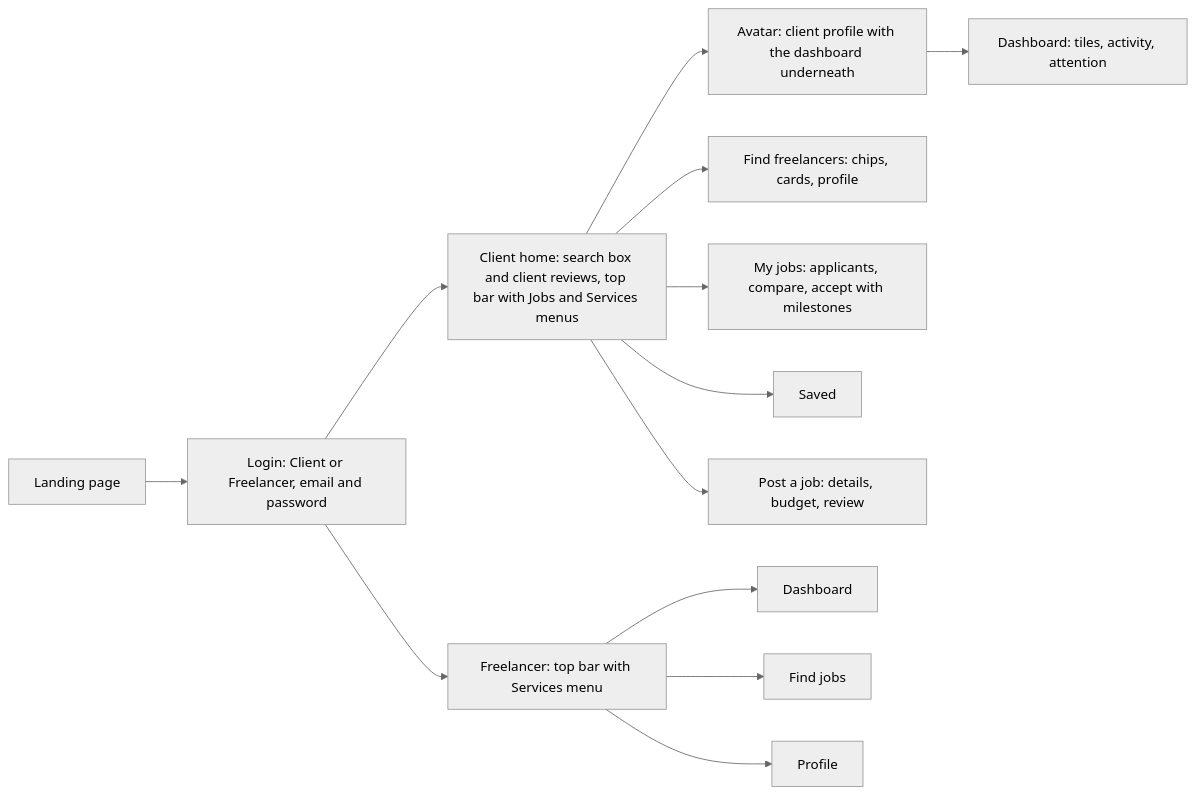
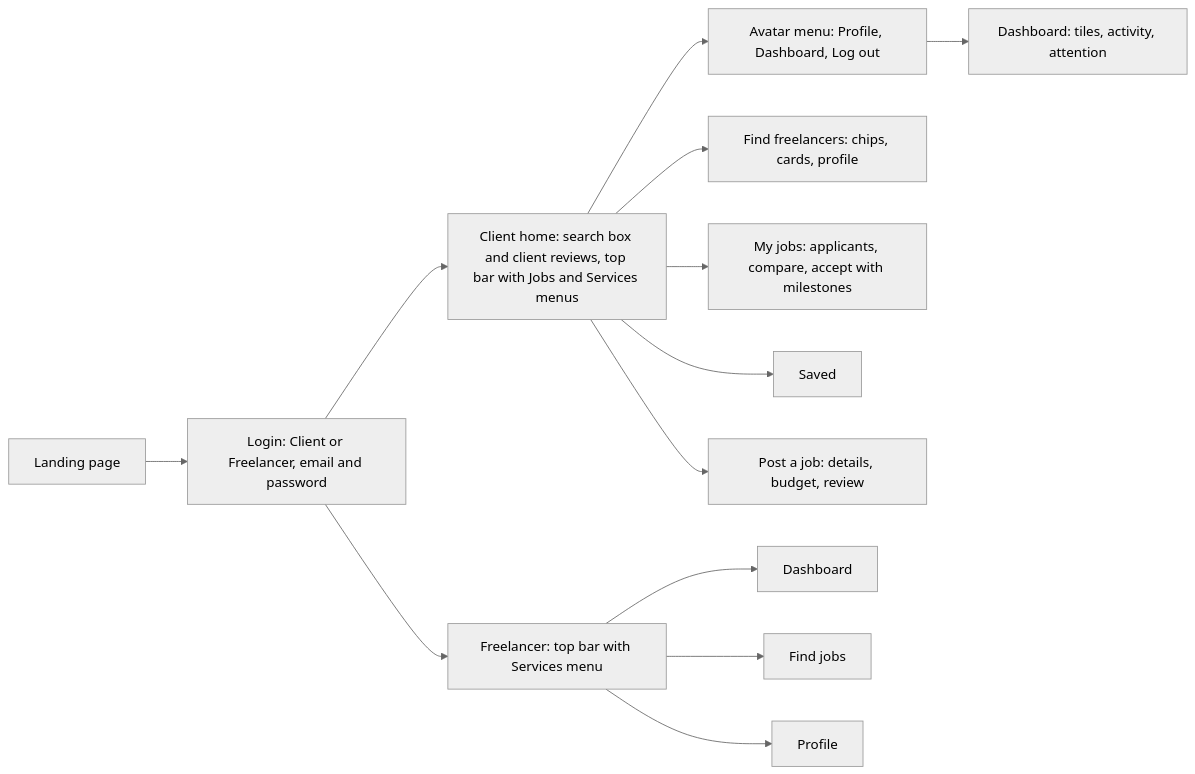
The ninth of 9 diagrams in flow.md (Krishnass05/fynd), drawn with Mermaid (neutral theme) before and after one commit. The commit also changed 8 other files, not shown here.

First line of the commit message:
Avatar menu with Profile, Dashboard and Log out

````diff
--- a/flow.md
+++ b/flow.md
@@ -151,15 +151,15 @@
 ```mermaid
 flowchart LR
   L[Landing page] --> G[Login: Client or Freelancer, email and password]
   G --> C[Client home: search box and client reviews, top bar with Jobs and Services menus]
-  C --> CP[Avatar: client profile with the dashboard underneath]
+  C --> CP[Avatar menu: Profile, Dashboard, Log out]
   G --> F[Freelancer: top bar with Services menu]
   CP --> C1[Dashboard: tiles, activity, attention]
   C --> C2[Find freelancers: chips, cards, profile]
   C --> C3[My jobs: applicants, compare, accept with milestones]
   C --> C4[Saved]
   C --> C5[Post a job: details, budget, review]
   F --> F1[Dashboard]
   F --> F2[Find jobs]
   F --> F3[Profile]
 ```
````
